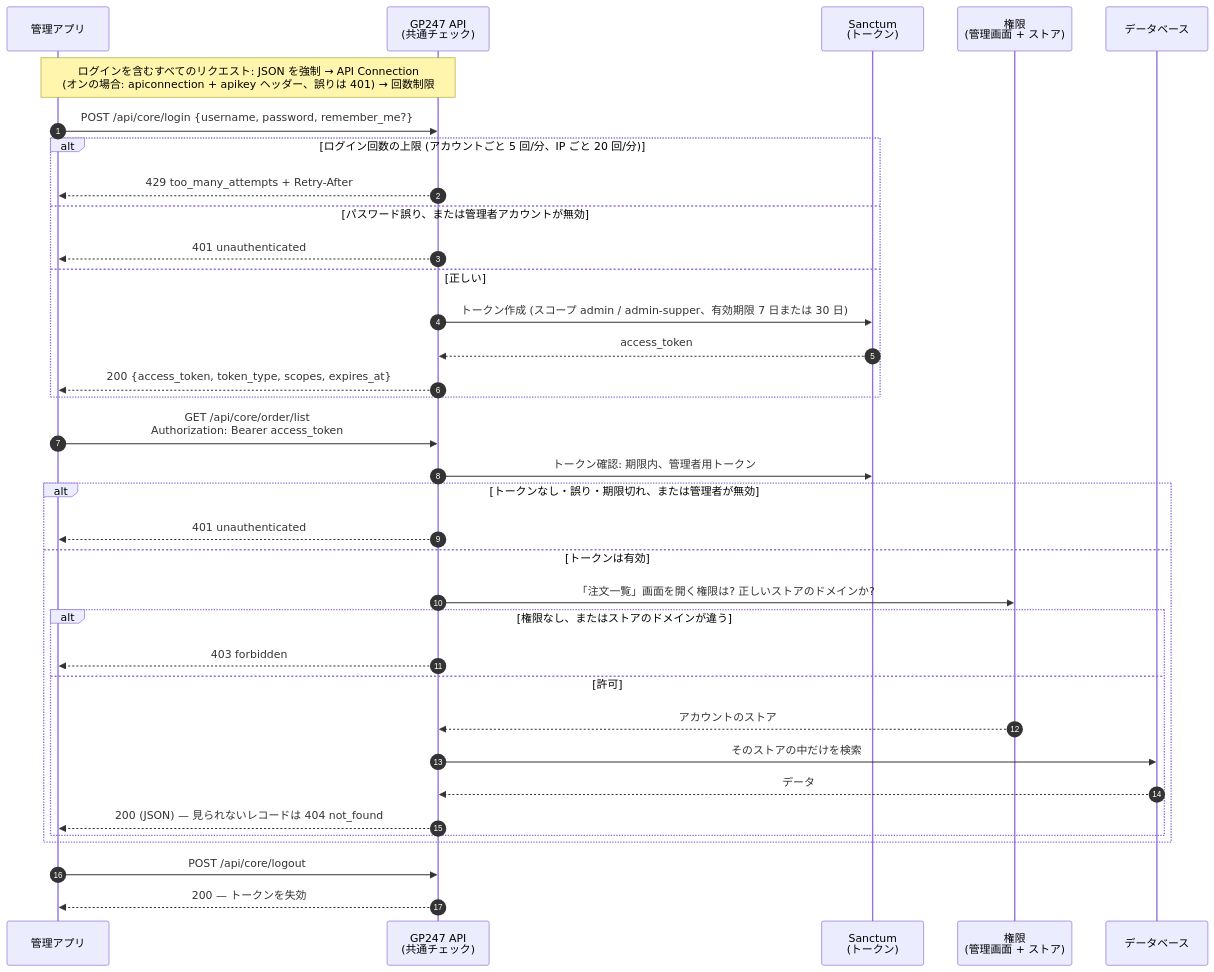
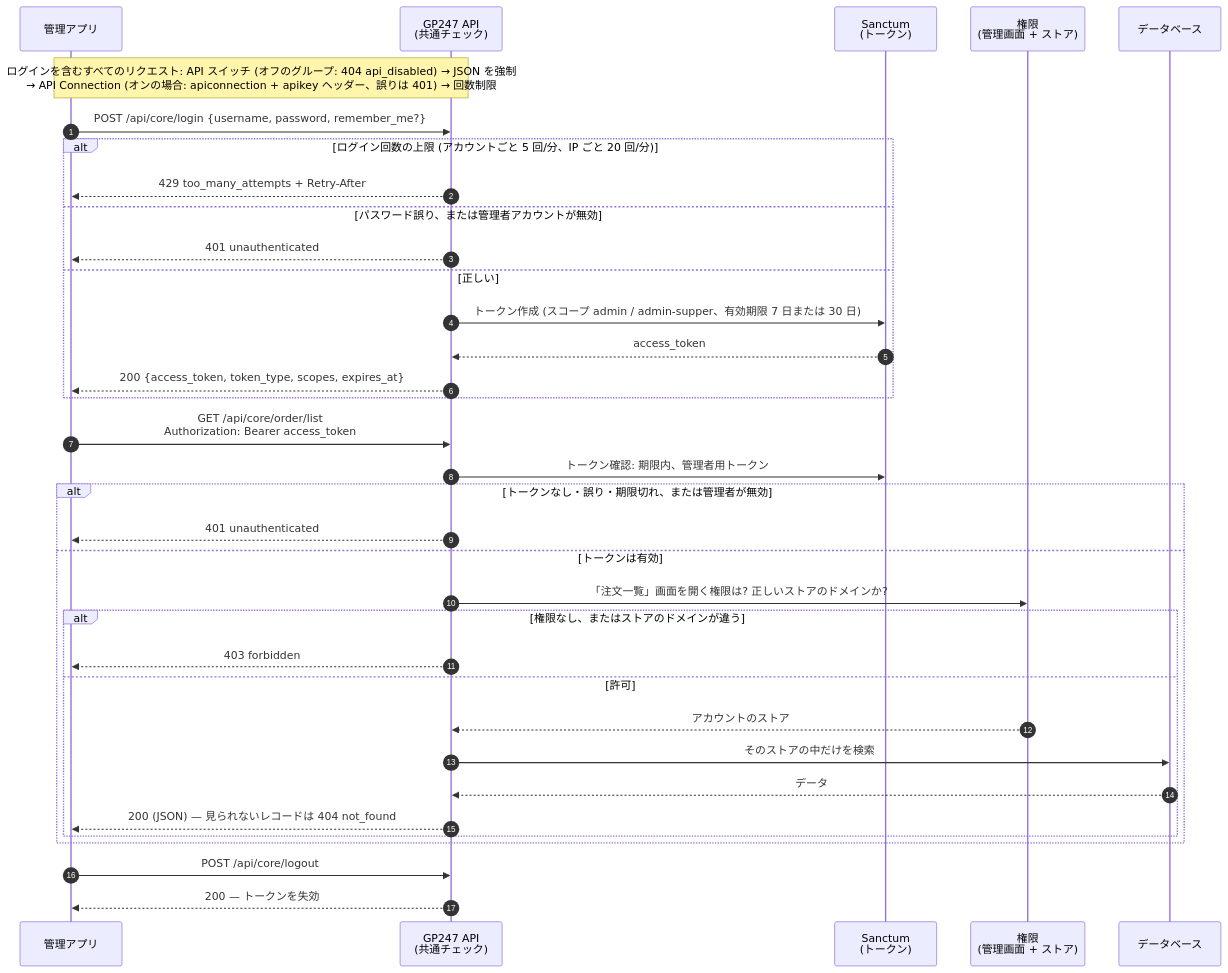
Before and after one commit to gp247net/gp247-docs: the first of 2 diagrams in api/api-introduction_ja.md, drawn with Mermaid. The commit also changed other lines of this file and 6 other files, not shown here.

````diff
--- a/api/api-introduction_ja.md
+++ b/api/api-introduction_ja.md
@@ -175,37 +186,37 @@
 ```mermaid
 sequenceDiagram
     autonumber
     participant A as 管理アプリ
     participant M as GP247 API<br/>(共通チェック)
     participant S as Sanctum<br/>(トークン)
     participant Q as 権限<br/>(管理画面 + ストア)
     participant D as データベース
-    Note over A,M: ログインを含むすべてのリクエスト: JSON を強制 → API Connection<br/>(オンの場合: apiconnection + apikey ヘッダー、誤りは 401) → 回数制限
+    Note over A,M: ログインを含むすべてのリクエスト: API スイッチ (オフのグループ: 404 api_disabled) → JSON を強制<br/>→ API Connection (オンの場合: apiconnection + apikey ヘッダー、誤りは 401) → 回数制限
     A->>M: POST /api/core/login {username, password, remember_me?}
     alt ログイン回数の上限 (アカウントごと 5 回/分、IP ごと 20 回/分)
         M-->>A: 429 too_many_attempts + Retry-After
     else パスワード誤り、または管理者アカウントが無効
         M-->>A: 401 unauthenticated
     else 正しい
         M->>S: トークン作成 (スコープ admin / admin-supper、有効期限 7 日または 30 日)
         S-->>M: access_token
         M-->>A: 200 {access_token, token_type, scopes, expires_at}
     end
     A->>M: GET /api/core/order/list<br/>Authorization: Bearer access_token
     M->>S: トークン確認: 期限内、管理者用トークン
     alt トークンなし・誤り・期限切れ、または管理者が無効
         M-->>A: 401 unauthenticated
     else トークンは有効
         M->>Q: 「注文一覧」画面を開く権限は? 正しいストアのドメインか?
         alt 権限なし、またはストアのドメインが違う
             M-->>A: 403 forbidden
         else 許可
             Q-->>M: アカウントのストア
             M->>D: そのストアの中だけを検索
             D-->>M: データ
             M-->>A: 200 (JSON) — 見られないレコードは 404 not_found
         end
     end
     A->>M: POST /api/core/logout
     M-->>A: 200 — トークンを失効
 ```
````
